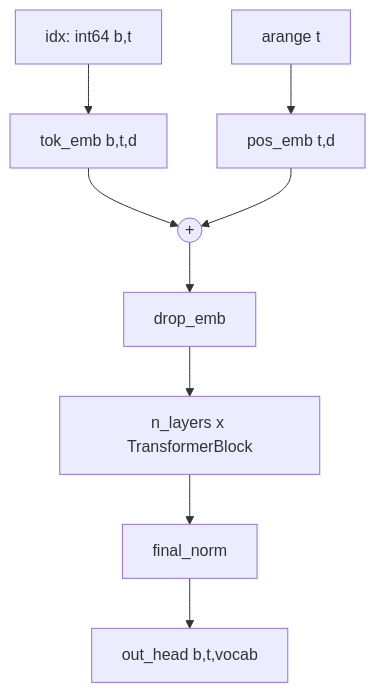
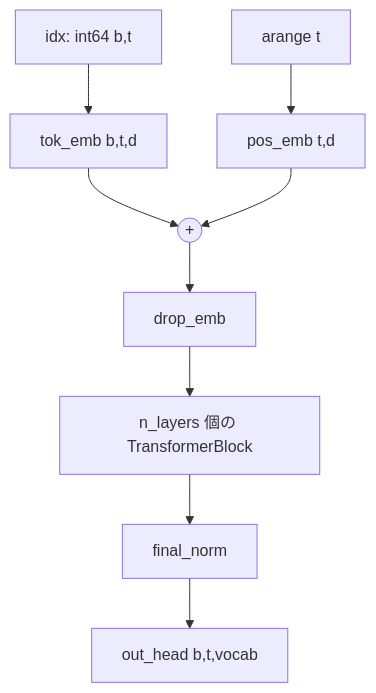
Before and after one commit to cacapouh/gpt2-from-scratch: the second of 4 diagrams in docs/model.md, drawn with Mermaid. The commit also changed other lines of this file and 10 other files, not shown here.

````diff
--- a/docs/model.md
+++ b/docs/model.md
@@ -55,11 +55,11 @@
 ```mermaid
 flowchart TD
     IDX[idx: int64 b,t] --> TE[tok_emb b,t,d]
     POS[arange t] --> PE[pos_emb t,d]
     TE --> ADD1((+))
     PE --> ADD1
     ADD1 --> DE[drop_emb]
-    DE --> B[n_layers x TransformerBlock]
+    DE --> B[n_layers 個の TransformerBlock]
     B --> FN[final_norm]
     FN --> OH[out_head b,t,vocab]
 ```
````
